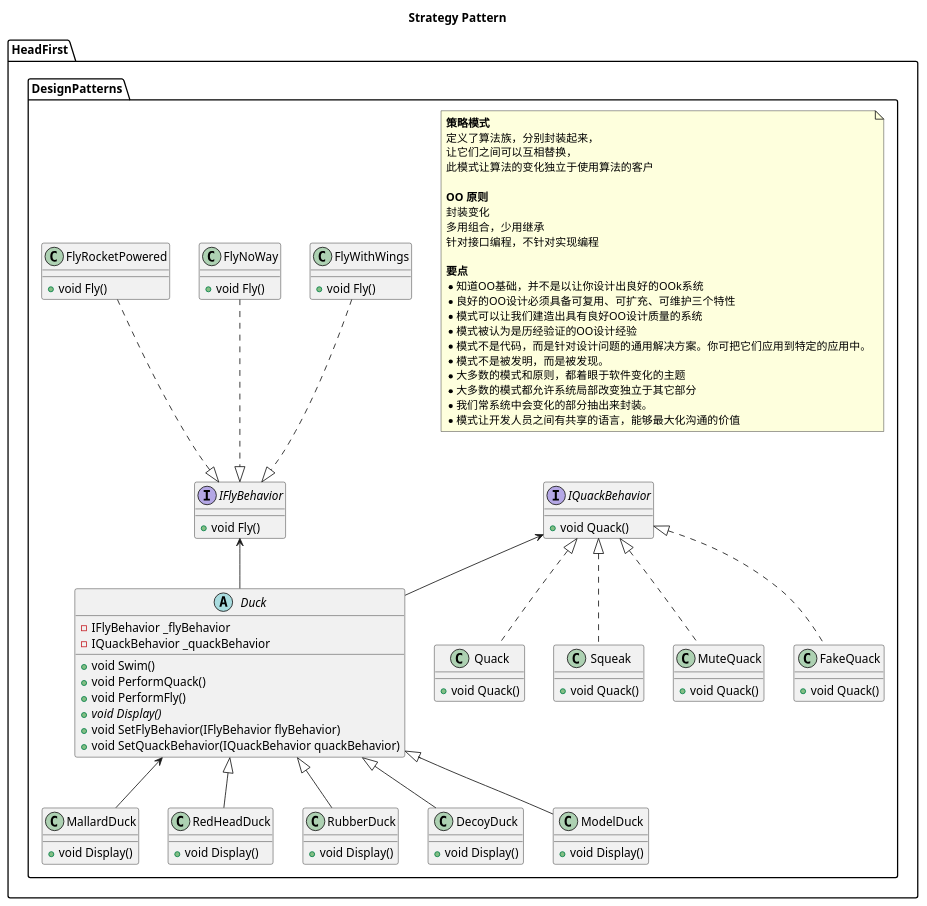
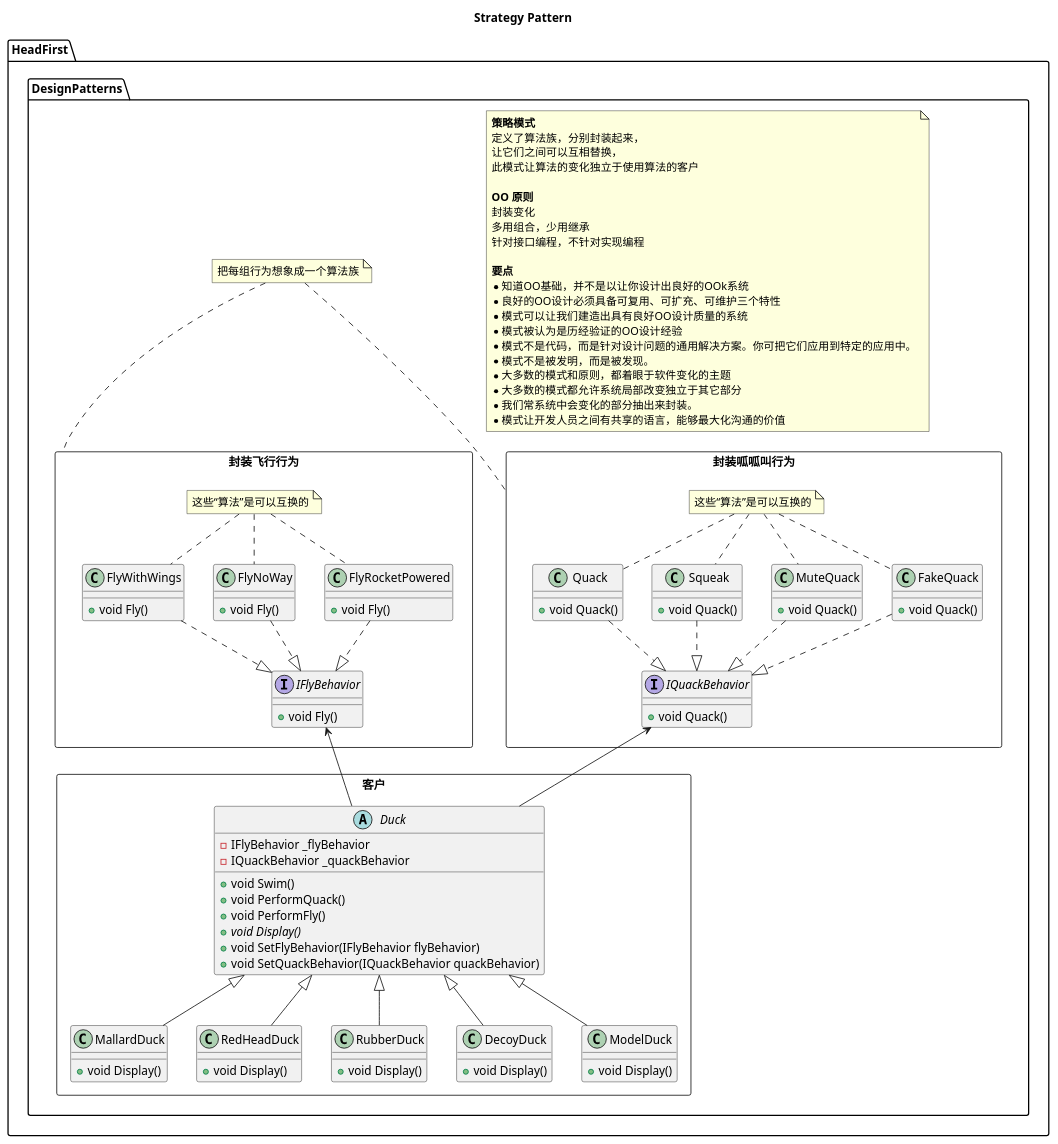
The diagram in src/HeadFirst.DesignPatterns.Strategy/Strategy.wsd (thinksjay/HeadFirst.DesignPatterns), drawn with PlantUML before and after one commit. The commit also changed 15 other files, not shown here.

```diff
--- a/src/HeadFirst.DesignPatterns.Strategy/Strategy.wsd
+++ b/src/HeadFirst.DesignPatterns.Strategy/Strategy.wsd
@@ -1,111 +1,133 @@
 @startuml
 title Strategy Pattern
 namespace HeadFirst.DesignPatterns{
     note as StrategyDefine
     <b>策略模式</b>
     定义了算法族，分别封装起来，
     让它们之间可以互相替换，
     此模式让算法的变化独立于使用算法的客户
 
     <b>OO 原则</b>
     封装变化
     多用组合，少用继承
     针对接口编程，不针对实现编程
 
     <b>要点</b>
     *知道OO基础，并不是以让你设计出良好的OOk系统
     *良好的OO设计必须具备可复用、可扩充、可维护三个特性
     *模式可以让我们建造出具有良好OO设计质量的系统
     *模式被认为是历经验证的OO设计经验
     *模式不是代码，而是针对设计问题的通用解决方案。你可把它们应用到特定的应用中。
     *模式不是被发明，而是被发现。
     *大多数的模式和原则，都着眼于软件变化的主题
     *大多数的模式都允许系统局部改变独立于其它部分
     *我们常系统中会变化的部分抽出来封装。
     *模式让开发人员之间有共享的语言，能够最大化沟通的价值
     end note
-
-    Duck -up-> IFlyBehavior
-    Duck -up-> IQuackBehavior
-    MallardDuck -up-> Duck
-    RedHeadDuck -up-|> Duck
-    RubberDuck -up-|> Duck
-    DecoyDuck -up-|> Duck
-    ModelDuck -up-|> Duck
-    FlyWithWings .down.|> IFlyBehavior
-    FlyNoWay .down.|> IFlyBehavior
-    FlyRocketPowered .down.|> IFlyBehavior
-    Quack .up.|> IQuackBehavior
-    Squeak  .up.|> IQuackBehavior
-    MuteQuack .up.|> IQuackBehavior
-    FakeQuack .up.|> IQuackBehavior
-
-     abstract class Duck
-    {
-        - IFlyBehavior _flyBehavior
-        - IQuackBehavior _quackBehavior
-        + void Swim()
-        + void PerformQuack()
-        + void PerformFly()
-        + {abstract} void Display()
-        + void SetFlyBehavior(IFlyBehavior flyBehavior)
-        + void SetQuackBehavior(IQuackBehavior quackBehavior)
+    rectangle 客户{
+        MallardDuck -up-|> Duck
+        RedHeadDuck -up-|> Duck
+        RubberDuck -up-|> Duck
+        DecoyDuck -up-|> Duck
+        ModelDuck -up-|> Duck
+        abstract class Duck
+        {
+            - IFlyBehavior _flyBehavior
+            - IQuackBehavior _quackBehavior
+            + void Swim()
+            + void PerformQuack()
+            + void PerformFly()
+            + {abstract} void Display()
+            + void SetFlyBehavior(IFlyBehavior flyBehavior)
+            + void SetQuackBehavior(IQuackBehavior quackBehavior)
+        }
+        class MallardDuck
+        {
+            + void Display()
+        }
+        class RedHeadDuck
+        {
+            + void Display()
+        }
+        class RubberDuck
+        {
+            + void Display()
+        }
+        class DecoyDuck
+        {
+            + void Display()
+        }
+        class ModelDuck
+        {
+            + void Display()
+        }
     }
-    class MallardDuck
-    {
-        + void Display()
+    rectangle 封装飞行行为{
+        Duck -up-> IFlyBehavior
+        FlyWithWings .down.|> IFlyBehavior
+        FlyNoWay .down.|> IFlyBehavior
+        FlyRocketPowered .down.|> IFlyBehavior
+        interface IFlyBehavior
+        {
+            + void Fly()
+        }
+        class FlyWithWings
+        {
+            + void Fly()
+        }
+        class FlyRocketPowered
+        {
+            + void Fly()
+        }
+        class FlyNoWay
+        {
+            + void Fly()
+        }
+        note as FlysNote
+        这些“算法”是可以互换的
+        end note
+        FlysNote .. FlyWithWings
+        FlysNote .. FlyRocketPowered
+        FlysNote .. FlyNoWay
     }
-    class RedHeadDuck
-    {
-        + void Display()
+    rectangle 封装呱呱叫行为{
+        Duck -up-> IQuackBehavior
+        Quack .down.|> IQuackBehavior
+        Squeak  .down.|> IQuackBehavior
+        MuteQuack .down.|> IQuackBehavior
+        FakeQuack .down.|> IQuackBehavior
+        interface IQuackBehavior
+        {
+            + void Quack()
+        }
+        class Quack
+        {
+            + void Quack()
+        }
+        class Squeak
+        {
+            + void Quack()
+        }
+        class MuteQuack
+        {
+            + void Quack()
+        }
+        class FakeQuack
+        {
+            + void Quack()
+        }
+        note as QuacksNote
+        这些“算法”是可以互换的
+        end note
+        QuacksNote .. Quack
+        QuacksNote .. Squeak
+        QuacksNote .. MuteQuack
+        QuacksNote .. FakeQuack
     }
-    class RubberDuck
-    {
-       + void Display()
-    }
-    class DecoyDuck
-    {
-        + void Display()
-    }
-    class ModelDuck
-    {
-        + void Display()
-    }
-    interface IFlyBehavior
-    {
-        + void Fly()
-    }
-    class FlyWithWings
-    {
-        + void Fly()
-    }
-    class FlyRocketPowered
-    {
-        + void Fly()
-    }
-    class FlyNoWay
-    {
-        + void Fly()
-    }
-    interface IQuackBehavior
-    {
-        + void Quack()
-    }
-    class Quack
-    {
-        + void Quack()
-    }
-    class Squeak
-    {
-        + void Quack()
-    }
-    class MuteQuack
-    {
-        + void Quack()
-    }
-    class FakeQuack
-    {
-        + void Quack()
-    }
+    note as AlgorithmGroupNote
+    把每组行为想象成一个算法族
+    end note
+    AlgorithmGroupNote .. 封装呱呱叫行为
+    AlgorithmGroupNote .. 封装飞行行为
 }
 @enduml
```
